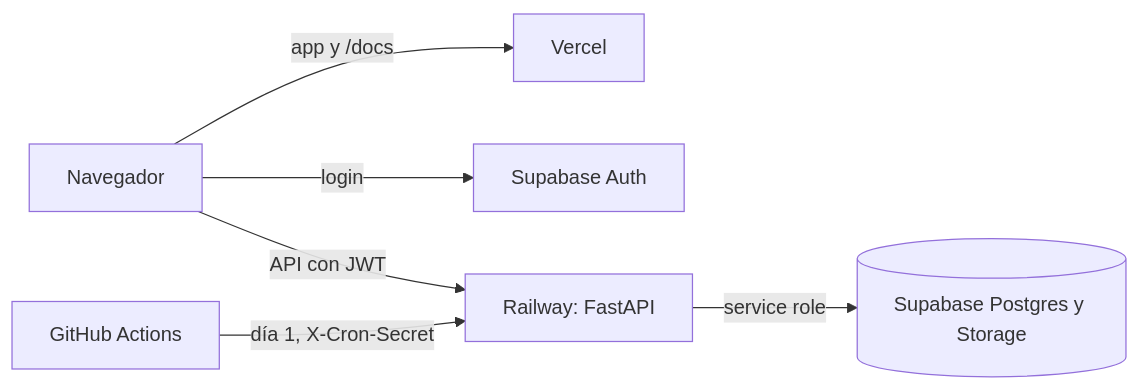
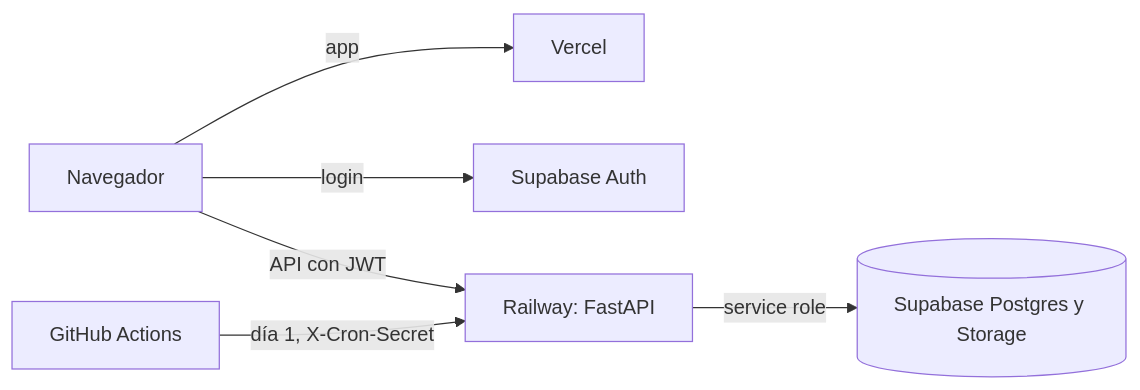
The diagram in docs/13-despliegue.md (luispalaciosec/prometio-frontend), drawn with Mermaid before and after one commit. The commit also changed other lines of this file and 8 other files, not shown here.

````diff
--- a/docs/13-despliegue.md
+++ b/docs/13-despliegue.md
@@ -10,8 +10,8 @@
 ```mermaid
 flowchart LR
-  U[Navegador] -->|app y /docs| V[Vercel]
+  U[Navegador] -->|app| V[Vercel]
   U -->|login| SA[Supabase Auth]
   U -->|API con JWT| R[Railway: FastAPI]
   R -->|service role| DB[(Supabase Postgres y Storage)]
   GH[GitHub Actions] -->|día 1, X-Cron-Secret| R
 ```
````
